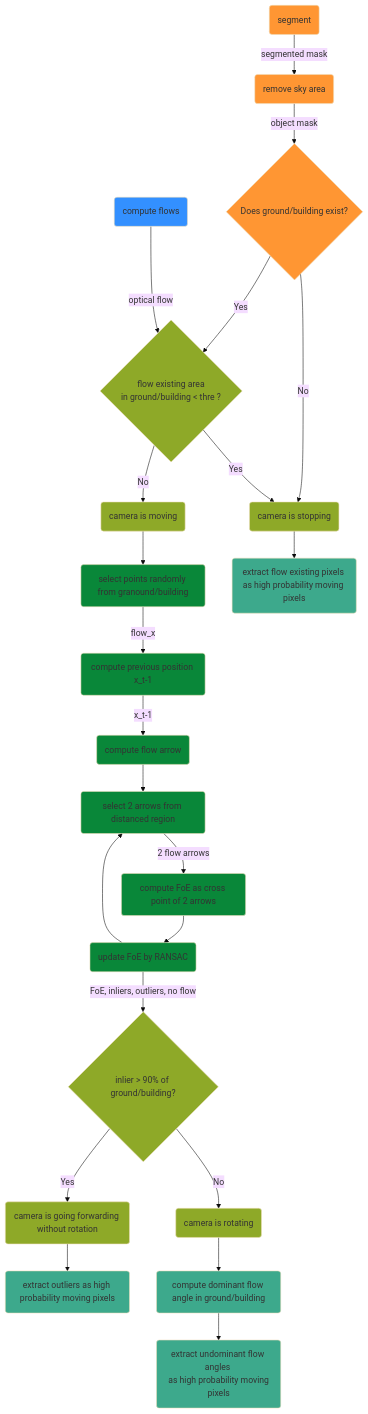
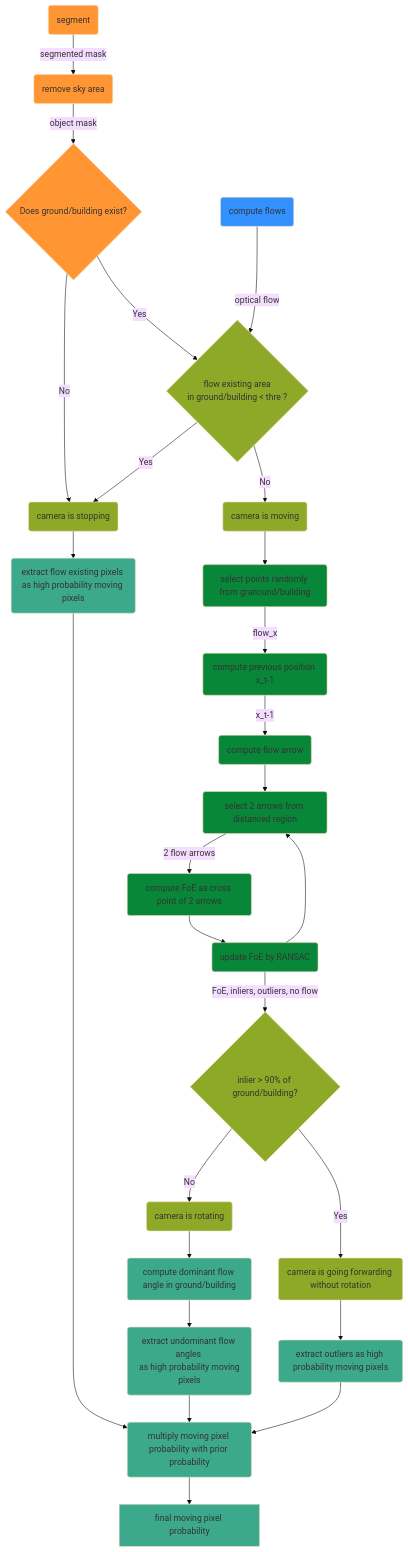
Before and after one commit to MasahiroOgawa/reconstruct4D: the diagram in doc/flowchart_foebased_movingobjectdetection.md, drawn with Mermaid (base theme). The commit also changed 1 other file, not shown here.

Commit message:
update flow chart by adding prior probability multiplication.

````diff
--- a/doc/flowchart_foebased_movingobjectdetection.md
+++ b/doc/flowchart_foebased_movingobjectdetection.md
@@ -1,30 +1,34 @@
 ```mermaid
 flowchart TD
     D(segment):::seg --> |segmented mask| P(remove sky area):::seg
     P --> |object mask| R{Does ground/building exist?}:::seg
     R --> |Yes| M{flow existing area \n in ground/building < thre ?}:::cam
     R --> |No| N
     A(compute flows) -->|optical flow| M
     M --> |Yes| N(camera is stopping):::cam
     M --> |No| O(camera is moving):::cam
     O --> B(select points randomly from granound/building):::foe
     B --> |flow_x| C(compute previous position x_t-1):::foe
     C --> |x_t-1| E(compute flow arrow):::foe
     E --> F(select 2 arrows from distanced region):::foe
     F --> |2 flow arrows| G(compute FoE as cross point of 2 arrows):::foe
     H --> F
     G --> H(update FoE by RANSAC):::foe
     H --> |FoE, inliers, outliers, no flow| I{inlier > 90% of ground/building?}:::cam
     I --> |Yes| S(camera is going forwarding without rotation):::cam
     S --> J(extract outliers as high probability moving pixels):::movpix
     I --> |No| T(camera is rotating):::cam
     T --> K(compute dominant flow angle in ground/building):::movpix
     N --> Q(extract flow existing pixels as high probability moving pixels):::movpix
     K --> L(extract undominant flow angles \n as high probability moving pixels):::movpix
+    Q --> U(multiply moving pixel probability with prior probability):::movpix
+    L --> U
+    J --> U
+    U --> V[final moving pixel probability]:::movpix
 
     style A fill:#3390FF
     classDef seg fill:#FF9633 
     classDef foe fill:#098739
     classDef cam fill: #8EA928
     classDef movpix fill: #3DA98C
 ```
````
